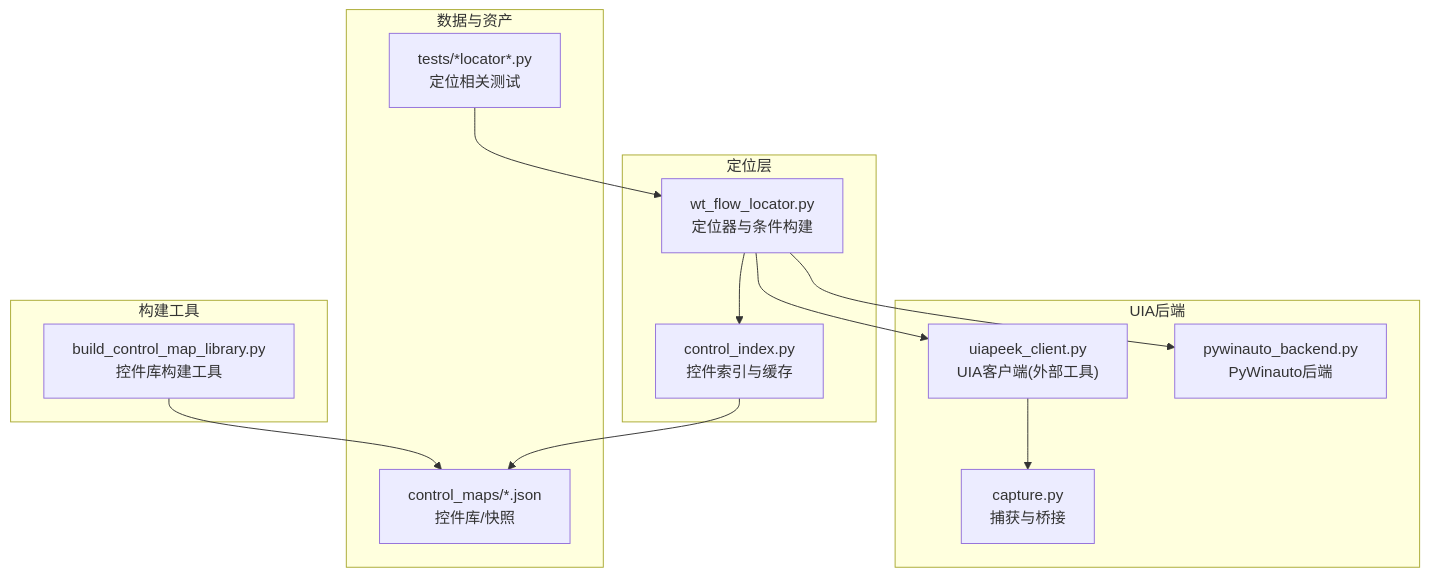
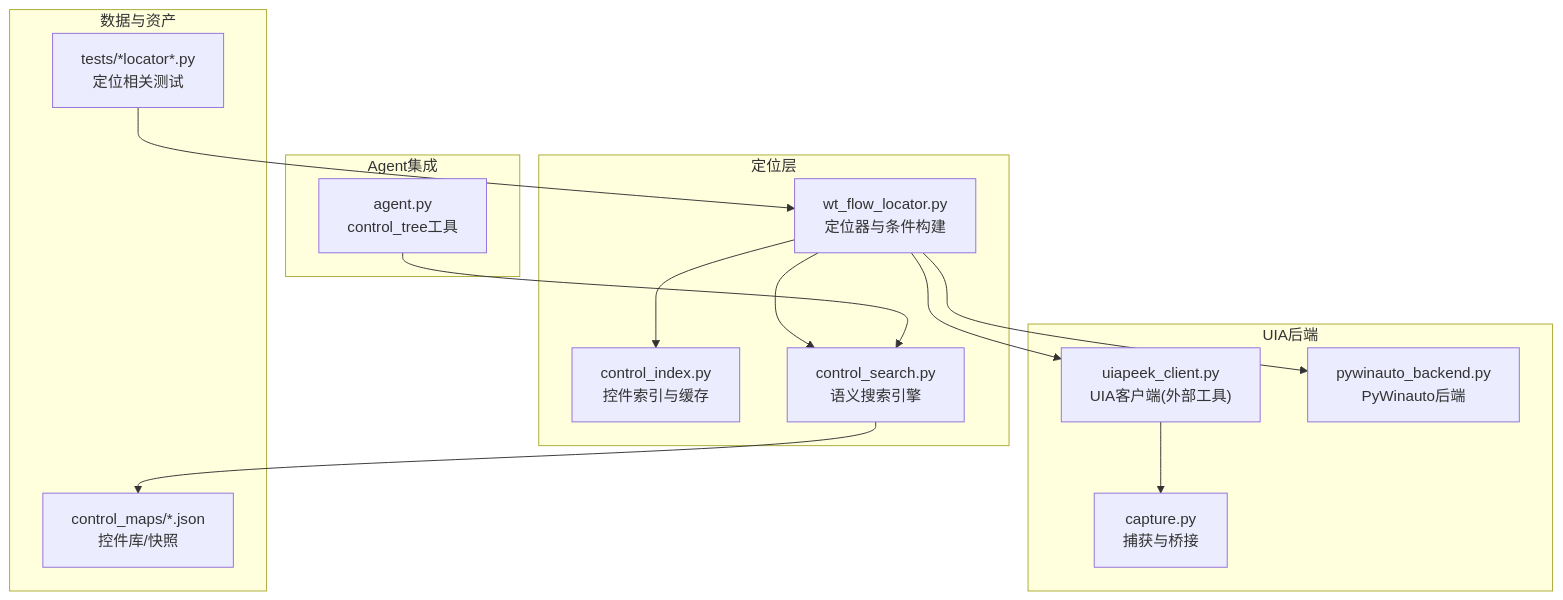
One commit to hanago33/WT_Automation changed the first of 8 diagrams in .qoder/repowiki/zh/content/控件定位系统/UIA控件定位器.md. Above: the diagram before and after it, drawn with Mermaid. The commit also changed other lines of this file and 247 other files, not shown here.

````diff
--- a/.qoder/repowiki/zh/content/控件定位系统/UIA控件定位器.md
+++ b/.qoder/repowiki/zh/content/控件定位系统/UIA控件定位器.md
@@ -50,26 +53,28 @@
 ```mermaid
 graph TB
 subgraph "定位层"
 L["wt_flow_locator.py<br/>定位器与条件构建"]
 IDX["control_index.py<br/>控件索引与缓存"]
+CS["control_search.py<br/>语义搜索引擎"]
 end
 subgraph "UIA后端"
 UIC["uiapeek_client.py<br/>UIA客户端(外部工具)"]
 PWA["pywinauto_backend.py<br/>PyWinauto后端"]
 CAP["capture.py<br/>捕获与桥接"]
 end
 subgraph "数据与资产"
 LIB["control_maps/*.json<br/>控件库/快照"]
 TST["tests/*locator*.py<br/>定位相关测试"]
 end
-subgraph "构建工具"
-BCL["build_control_map_library.py<br/>控件库构建工具"]
+subgraph "Agent集成"
+AG["agent.py<br/>control_tree工具"]
 end
 L --> IDX
 L --> UIC
 L --> PWA
+L --> CS
+CS --> LIB
+AG --> CS
 UIC --> CAP
-IDX --> LIB
 TST --> L
-BCL --> LIB
 ```
````
